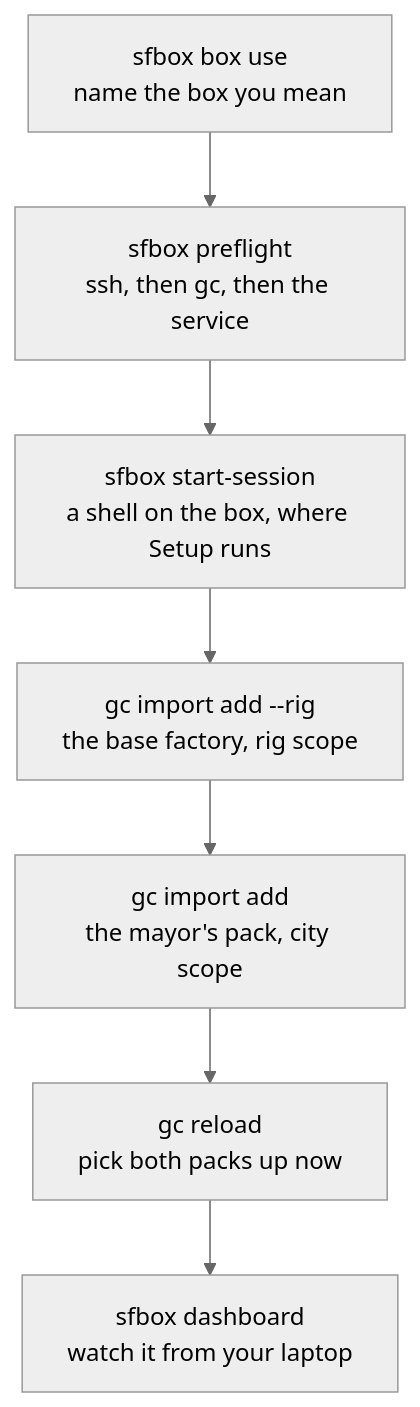
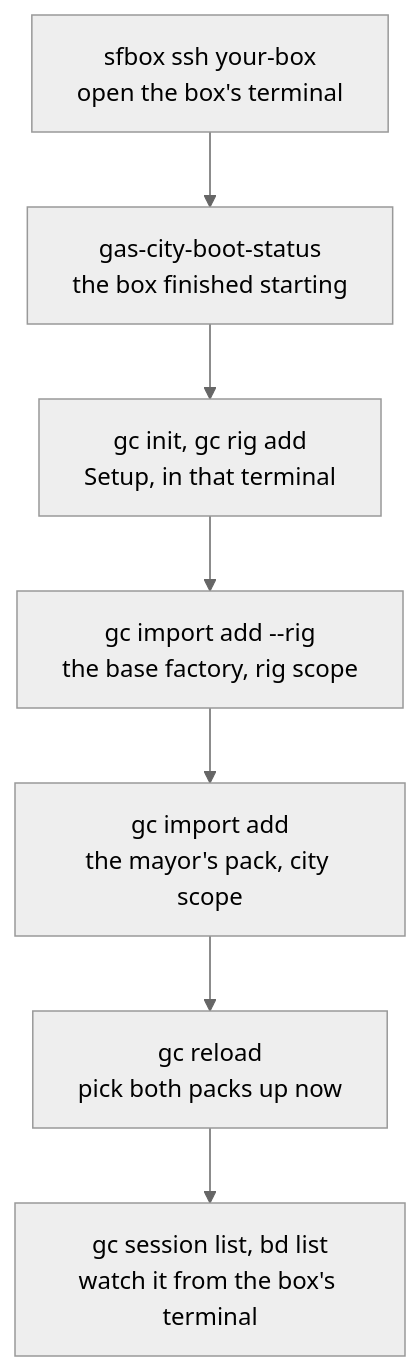
The first of 2 diagrams in progression/W3-run-your-factory.md (actual-software/sf-tutorial), drawn with Mermaid (neutral theme) before and after one commit. The commit also changed other lines of this file, not shown here.

First line of the commit message:
Move W3 onto the sfbox v2 commands the Google Cloud boxes use (#64)

````diff
--- a/progression/W3-run-your-factory.md
+++ b/progression/W3-run-your-factory.md
@@ -52,9 +52,9 @@
 ```mermaid
 flowchart TD
-    A["sfbox box use<br/>name the box you mean"] --> B["sfbox preflight<br/>ssh, then gc, then the service"]
-    B --> C["sfbox start-session<br/>a shell on the box, where Setup runs"]
+    A["sfbox ssh your-box<br/>open the box's terminal"] --> B["gas-city-boot-status<br/>the box finished starting"]
+    B --> C["gc init, gc rig add<br/>Setup, in that terminal"]
     C --> D["gc import add --rig<br/>the base factory, rig scope"]
     D --> E["gc import add<br/>the mayor's pack, city scope"]
     E --> F["gc reload<br/>pick both packs up now"]
-    F --> G["sfbox dashboard<br/>watch it from your laptop"]
+    F --> G["gc session list, bd list<br/>watch it from the box's terminal"]
 ```
````
